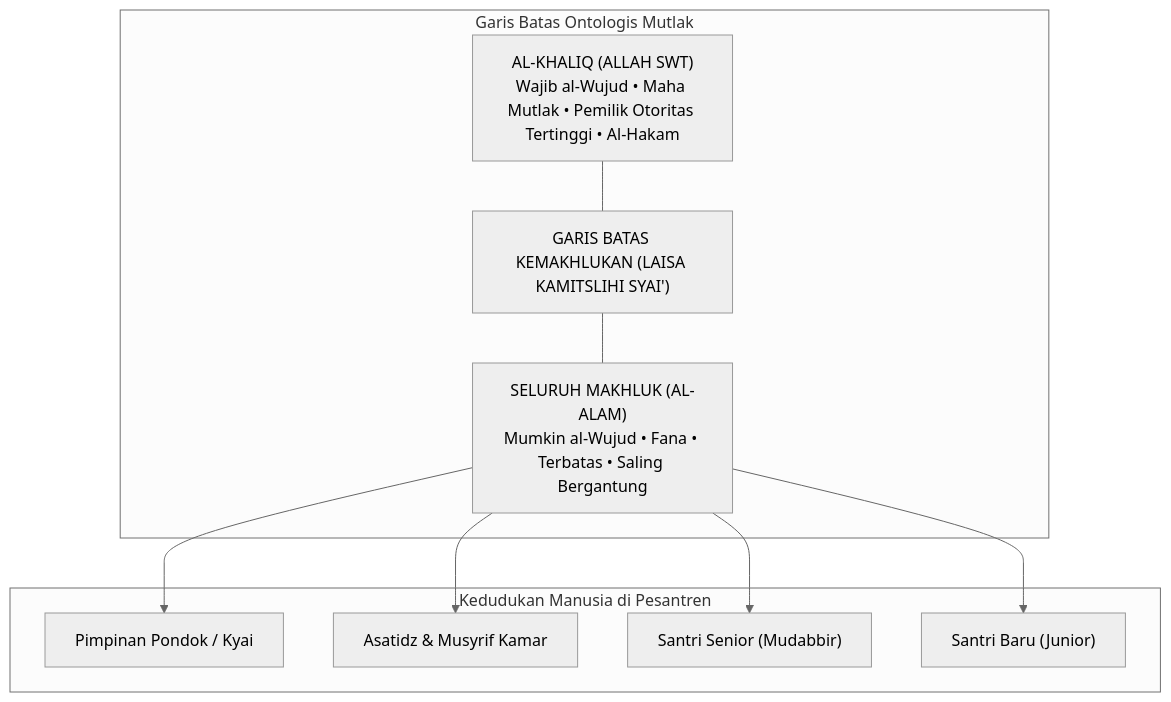
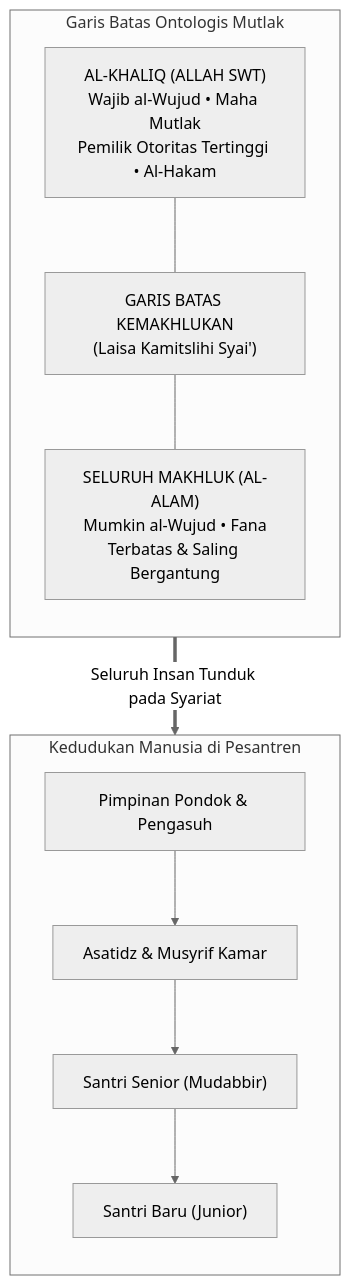
The second of 7 diagrams in BOOK Series 1/01-The-Fundamental-of-TUMBUH/Bab-02-Pandangan-Alam-Islam-sebagai-Poros-Pendidikan.md (wandiapriliyandi/tumbuh), drawn with Mermaid (neutral theme) before and after one commit. The commit also changed other lines of this file and 35 other files, not shown here.

Commit message:
fix(book-01): optimasi keterbacaan diagram mermaid pada seluruh bab dan perbarui 20 file PDF

````diff
--- a/BOOK Series 1/01-The-Fundamental-of-TUMBUH/Bab-02-Pandangan-Alam-Islam-sebagai-Poros-Pendidikan.md
+++ b/BOOK Series 1/01-The-Fundamental-of-TUMBUH/Bab-02-Pandangan-Alam-Islam-sebagai-Poros-Pendidikan.md
@@ -60,15 +60,19 @@
 ```mermaid
 graph TD
     subgraph ONTOLOGI_ISLAM["Garis Batas Ontologis Mutlak"]
-        K["AL-KHALIQ (ALLAH SWT)<br/>Wajib al-Wujud • Maha Mutlak • Pemilik Otoritas Tertinggi • Al-Hakam"]
-        --- DEMARKASI["GARIS BATAS KEMAKHLUKAN (LAISA KAMITSLIHI SYAI')"]
-        DEMARKASI --- M["SELURUH MAKHLUK (AL-ALAM)<br/>Mumkin al-Wujud • Fana • Terbatas • Saling Bergantung"]
+        direction TB
+        K["AL-KHALIQ (ALLAH SWT)<br/>Wajib al-Wujud • Maha Mutlak<br/>Pemilik Otoritas Tertinggi • Al-Hakam"]
+        --- DEMARKASI["GARIS BATAS KEMAKHLUKAN<br/>(Laisa Kamitslihi Syai')"]
+        DEMARKASI --- M["SELURUH MAKHLUK (AL-ALAM)<br/>Mumkin al-Wujud • Fana<br/>Terbatas & Saling Bergantung"]
     end
     
     subgraph KEDUDUKAN_DI_PESANTREN["Kedudukan Manusia di Pesantren"]
-        M --> P1["Pimpinan Pondok / Kyai"]
-        M --> P2["Asatidz & Musyrif Kamar"]
-        M --> P3["Santri Senior (Mudabbir)"]
-        M --> P4["Santri Baru (Junior)"]
+        direction TB
+        P1["Pimpinan Pondok & Pengasuh"]
+        --> P2["Asatidz & Musyrif Kamar"]
+        --> P3["Santri Senior (Mudabbir)"]
+        --> P4["Santri Baru (Junior)"]
     end
+
+    M ==>|Seluruh Insan Tunduk pada Syariat| KEDUDUKAN_DI_PESANTREN
 ```
````
